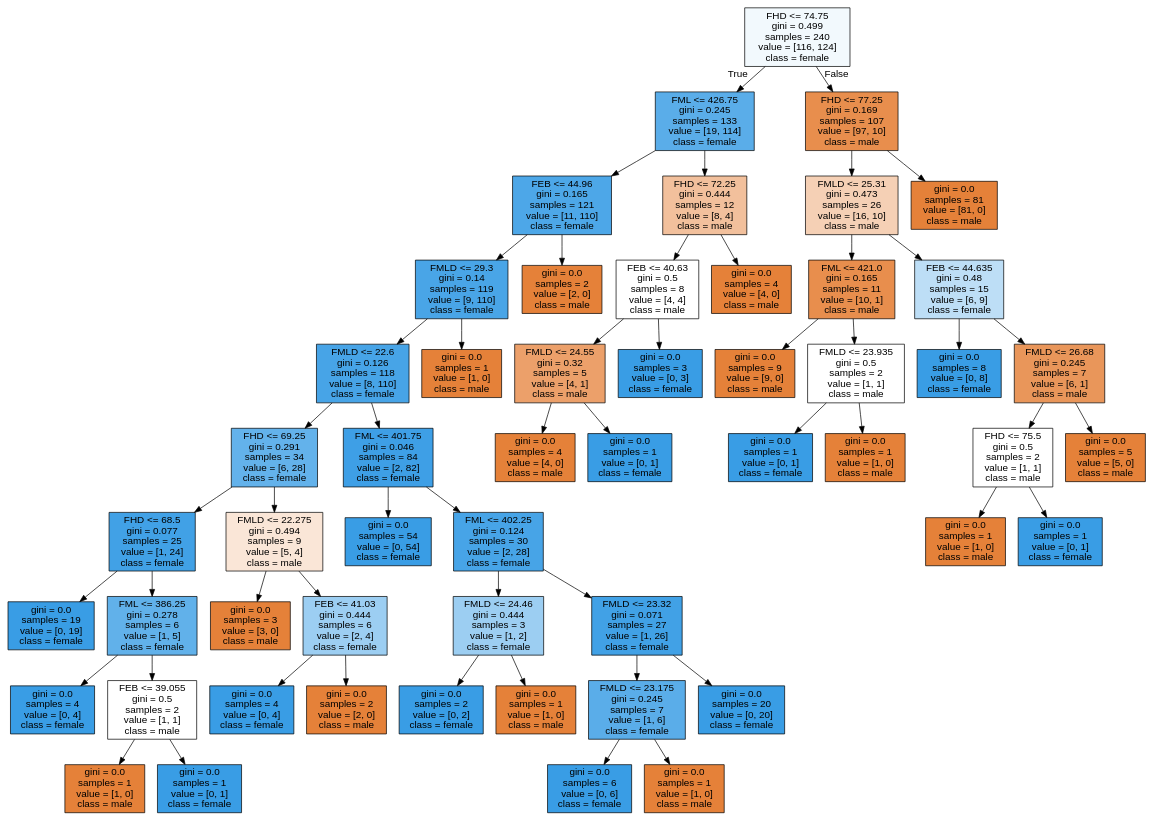
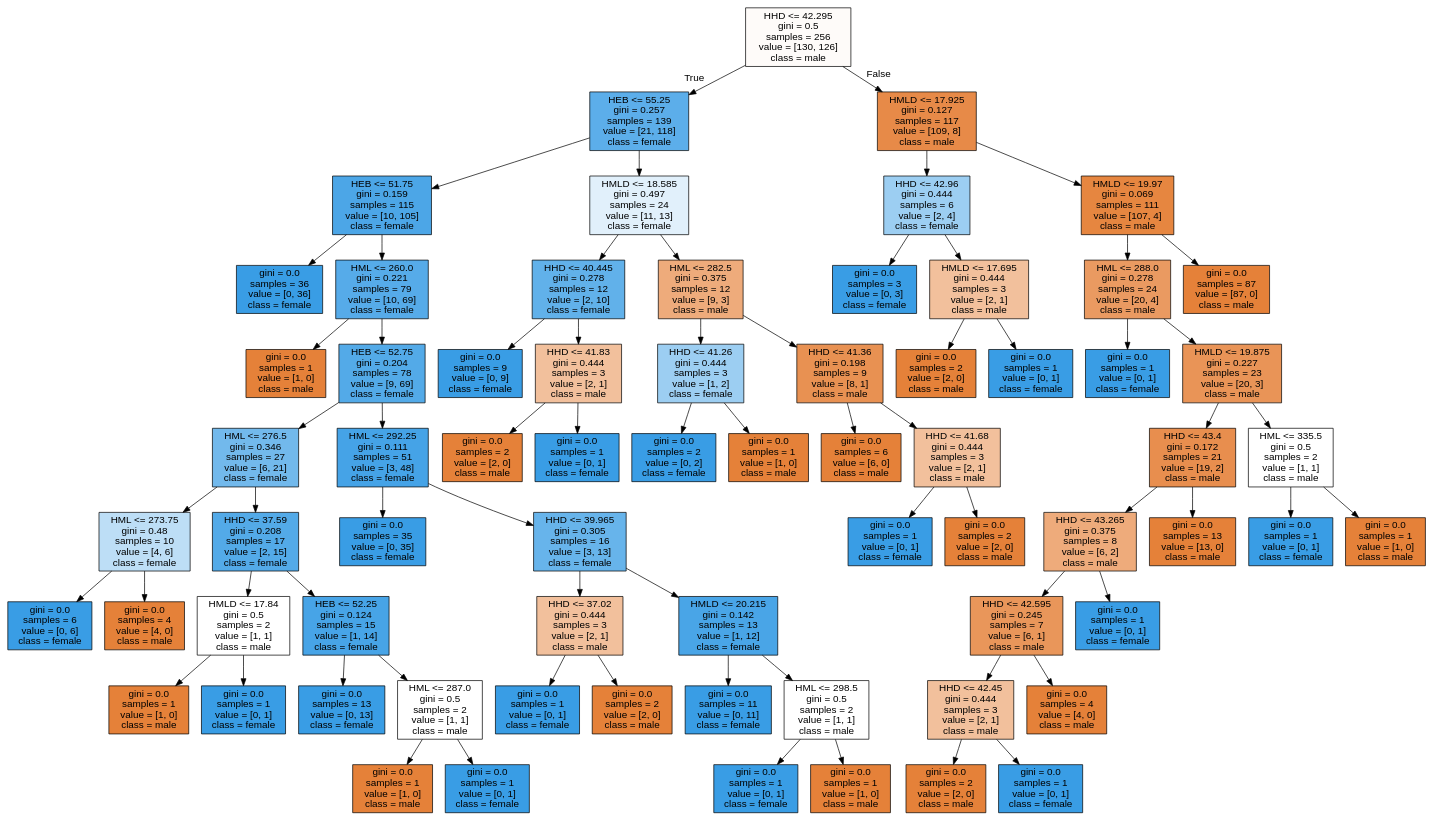
The diagram in app/ai/data/decision_trees/tree_sex_ai.dot (AndreeaBolonyi/ReconstituiriIstorice), drawn with Graphviz before and after one commit. The commit also changed 3 other files, not shown here.

```diff
--- a/app/ai/data/decision_trees/tree_sex_ai.dot
+++ b/app/ai/data/decision_trees/tree_sex_ai.dot
@@ -1,109 +1,141 @@
 digraph Tree {
 node [shape=box, style="filled", color="black", fontname="helvetica"] ;
 edge [fontname="helvetica"] ;
-0 [label="FHD <= 74.75\ngini = 0.499\nsamples = 240\nvalue = [116, 124]\nclass = female", fillcolor="#f2f9fd"] ;
-1 [label="FML <= 426.75\ngini = 0.245\nsamples = 133\nvalue = [19, 114]\nclass = female", fillcolor="#5aade9"] ;
+0 [label="HHD <= 42.295\ngini = 0.5\nsamples = 256\nvalue = [130, 126]\nclass = male", fillcolor="#fefbf9"] ;
+1 [label="HEB <= 55.25\ngini = 0.257\nsamples = 139\nvalue = [21, 118]\nclass = female", fillcolor="#5caeea"] ;
 0 -> 1 [labeldistance=2.5, labelangle=45, headlabel="True"] ;
-2 [label="FEB <= 44.96\ngini = 0.165\nsamples = 121\nvalue = [11, 110]\nclass = female", fillcolor="#4da7e8"] ;
+2 [label="HEB <= 51.75\ngini = 0.159\nsamples = 115\nvalue = [10, 105]\nclass = female", fillcolor="#4ca6e7"] ;
 1 -> 2 ;
-3 [label="FMLD <= 29.3\ngini = 0.14\nsamples = 119\nvalue = [9, 110]\nclass = female", fillcolor="#49a5e7"] ;
+3 [label="gini = 0.0\nsamples = 36\nvalue = [0, 36]\nclass = female", fillcolor="#399de5"] ;
 2 -> 3 ;
-4 [label="FMLD <= 22.6\ngini = 0.126\nsamples = 118\nvalue = [8, 110]\nclass = female", fillcolor="#47a4e7"] ;
-3 -> 4 ;
-5 [label="FHD <= 69.25\ngini = 0.291\nsamples = 34\nvalue = [6, 28]\nclass = female", fillcolor="#63b2eb"] ;
+4 [label="HML <= 260.0\ngini = 0.221\nsamples = 79\nvalue = [10, 69]\nclass = female", fillcolor="#56abe9"] ;
+2 -> 4 ;
+5 [label="gini = 0.0\nsamples = 1\nvalue = [1, 0]\nclass = male", fillcolor="#e58139"] ;
 4 -> 5 ;
-6 [label="FHD <= 68.5\ngini = 0.077\nsamples = 25\nvalue = [1, 24]\nclass = female", fillcolor="#41a1e6"] ;
-5 -> 6 ;
-7 [label="gini = 0.0\nsamples = 19\nvalue = [0, 19]\nclass = female", fillcolor="#399de5"] ;
+6 [label="HEB <= 52.75\ngini = 0.204\nsamples = 78\nvalue = [9, 69]\nclass = female", fillcolor="#53aae8"] ;
+4 -> 6 ;
+7 [label="HML <= 276.5\ngini = 0.346\nsamples = 27\nvalue = [6, 21]\nclass = female", fillcolor="#72b9ec"] ;
 6 -> 7 ;
-8 [label="FML <= 386.25\ngini = 0.278\nsamples = 6\nvalue = [1, 5]\nclass = female", fillcolor="#61b1ea"] ;
-6 -> 8 ;
-9 [label="gini = 0.0\nsamples = 4\nvalue = [0, 4]\nclass = female", fillcolor="#399de5"] ;
+8 [label="HML <= 273.75\ngini = 0.48\nsamples = 10\nvalue = [4, 6]\nclass = female", fillcolor="#bddef6"] ;
+7 -> 8 ;
+9 [label="gini = 0.0\nsamples = 6\nvalue = [0, 6]\nclass = female", fillcolor="#399de5"] ;
 8 -> 9 ;
-10 [label="FEB <= 39.055\ngini = 0.5\nsamples = 2\nvalue = [1, 1]\nclass = male", fillcolor="#ffffff"] ;
+10 [label="gini = 0.0\nsamples = 4\nvalue = [4, 0]\nclass = male", fillcolor="#e58139"] ;
 8 -> 10 ;
-11 [label="gini = 0.0\nsamples = 1\nvalue = [1, 0]\nclass = male", fillcolor="#e58139"] ;
-10 -> 11 ;
-12 [label="gini = 0.0\nsamples = 1\nvalue = [0, 1]\nclass = female", fillcolor="#399de5"] ;
-10 -> 12 ;
-13 [label="FMLD <= 22.275\ngini = 0.494\nsamples = 9\nvalue = [5, 4]\nclass = male", fillcolor="#fae6d7"] ;
-5 -> 13 ;
-14 [label="gini = 0.0\nsamples = 3\nvalue = [3, 0]\nclass = male", fillcolor="#e58139"] ;
-13 -> 14 ;
-15 [label="FEB <= 41.03\ngini = 0.444\nsamples = 6\nvalue = [2, 4]\nclass = female", fillcolor="#9ccef2"] ;
-13 -> 15 ;
-16 [label="gini = 0.0\nsamples = 4\nvalue = [0, 4]\nclass = female", fillcolor="#399de5"] ;
+11 [label="HHD <= 37.59\ngini = 0.208\nsamples = 17\nvalue = [2, 15]\nclass = female", fillcolor="#53aae8"] ;
+7 -> 11 ;
+12 [label="HMLD <= 17.84\ngini = 0.5\nsamples = 2\nvalue = [1, 1]\nclass = male", fillcolor="#ffffff"] ;
+11 -> 12 ;
+13 [label="gini = 0.0\nsamples = 1\nvalue = [1, 0]\nclass = male", fillcolor="#e58139"] ;
+12 -> 13 ;
+14 [label="gini = 0.0\nsamples = 1\nvalue = [0, 1]\nclass = female", fillcolor="#399de5"] ;
+12 -> 14 ;
+15 [label="HEB <= 52.25\ngini = 0.124\nsamples = 15\nvalue = [1, 14]\nclass = female", fillcolor="#47a4e7"] ;
+11 -> 15 ;
+16 [label="gini = 0.0\nsamples = 13\nvalue = [0, 13]\nclass = female", fillcolor="#399de5"] ;
 15 -> 16 ;
-17 [label="gini = 0.0\nsamples = 2\nvalue = [2, 0]\nclass = male", fillcolor="#e58139"] ;
+17 [label="HML <= 287.0\ngini = 0.5\nsamples = 2\nvalue = [1, 1]\nclass = male", fillcolor="#ffffff"] ;
 15 -> 17 ;
-18 [label="FML <= 401.75\ngini = 0.046\nsamples = 84\nvalue = [2, 82]\nclass = female", fillcolor="#3e9fe6"] ;
-4 -> 18 ;
-19 [label="gini = 0.0\nsamples = 54\nvalue = [0, 54]\nclass = female", fillcolor="#399de5"] ;
-18 -> 19 ;
-20 [label="FML <= 402.25\ngini = 0.124\nsamples = 30\nvalue = [2, 28]\nclass = female", fillcolor="#47a4e7"] ;
-18 -> 20 ;
-21 [label="FMLD <= 24.46\ngini = 0.444\nsamples = 3\nvalue = [1, 2]\nclass = female", fillcolor="#9ccef2"] ;
+18 [label="gini = 0.0\nsamples = 1\nvalue = [1, 0]\nclass = male", fillcolor="#e58139"] ;
+17 -> 18 ;
+19 [label="gini = 0.0\nsamples = 1\nvalue = [0, 1]\nclass = female", fillcolor="#399de5"] ;
+17 -> 19 ;
+20 [label="HML <= 292.25\ngini = 0.111\nsamples = 51\nvalue = [3, 48]\nclass = female", fillcolor="#45a3e7"] ;
+6 -> 20 ;
+21 [label="gini = 0.0\nsamples = 35\nvalue = [0, 35]\nclass = female", fillcolor="#399de5"] ;
 20 -> 21 ;
-22 [label="gini = 0.0\nsamples = 2\nvalue = [0, 2]\nclass = female", fillcolor="#399de5"] ;
-21 -> 22 ;
-23 [label="gini = 0.0\nsamples = 1\nvalue = [1, 0]\nclass = male", fillcolor="#e58139"] ;
-21 -> 23 ;
-24 [label="FMLD <= 23.32\ngini = 0.071\nsamples = 27\nvalue = [1, 26]\nclass = female", fillcolor="#41a1e6"] ;
-20 -> 24 ;
-25 [label="FMLD <= 23.175\ngini = 0.245\nsamples = 7\nvalue = [1, 6]\nclass = female", fillcolor="#5aade9"] ;
-24 -> 25 ;
-26 [label="gini = 0.0\nsamples = 6\nvalue = [0, 6]\nclass = female", fillcolor="#399de5"] ;
-25 -> 26 ;
-27 [label="gini = 0.0\nsamples = 1\nvalue = [1, 0]\nclass = male", fillcolor="#e58139"] ;
-25 -> 27 ;
-28 [label="gini = 0.0\nsamples = 20\nvalue = [0, 20]\nclass = female", fillcolor="#399de5"] ;
-24 -> 28 ;
-29 [label="gini = 0.0\nsamples = 1\nvalue = [1, 0]\nclass = male", fillcolor="#e58139"] ;
-3 -> 29 ;
-30 [label="gini = 0.0\nsamples = 2\nvalue = [2, 0]\nclass = male", fillcolor="#e58139"] ;
-2 -> 30 ;
-31 [label="FHD <= 72.25\ngini = 0.444\nsamples = 12\nvalue = [8, 4]\nclass = male", fillcolor="#f2c09c"] ;
+22 [label="HHD <= 39.965\ngini = 0.305\nsamples = 16\nvalue = [3, 13]\nclass = female", fillcolor="#67b4eb"] ;
+20 -> 22 ;
+23 [label="HHD <= 37.02\ngini = 0.444\nsamples = 3\nvalue = [2, 1]\nclass = male", fillcolor="#f2c09c"] ;
+22 -> 23 ;
+24 [label="gini = 0.0\nsamples = 1\nvalue = [0, 1]\nclass = female", fillcolor="#399de5"] ;
+23 -> 24 ;
+25 [label="gini = 0.0\nsamples = 2\nvalue = [2, 0]\nclass = male", fillcolor="#e58139"] ;
+23 -> 25 ;
+26 [label="HMLD <= 20.215\ngini = 0.142\nsamples = 13\nvalue = [1, 12]\nclass = female", fillcolor="#49a5e7"] ;
+22 -> 26 ;
+27 [label="gini = 0.0\nsamples = 11\nvalue = [0, 11]\nclass = female", fillcolor="#399de5"] ;
+26 -> 27 ;
+28 [label="HML <= 298.5\ngini = 0.5\nsamples = 2\nvalue = [1, 1]\nclass = male", fillcolor="#ffffff"] ;
+26 -> 28 ;
+29 [label="gini = 0.0\nsamples = 1\nvalue = [0, 1]\nclass = female", fillcolor="#399de5"] ;
+28 -> 29 ;
+30 [label="gini = 0.0\nsamples = 1\nvalue = [1, 0]\nclass = male", fillcolor="#e58139"] ;
+28 -> 30 ;
+31 [label="HMLD <= 18.585\ngini = 0.497\nsamples = 24\nvalue = [11, 13]\nclass = female", fillcolor="#e1f0fb"] ;
 1 -> 31 ;
-32 [label="FEB <= 40.63\ngini = 0.5\nsamples = 8\nvalue = [4, 4]\nclass = male", fillcolor="#ffffff"] ;
+32 [label="HHD <= 40.445\ngini = 0.278\nsamples = 12\nvalue = [2, 10]\nclass = female", fillcolor="#61b1ea"] ;
 31 -> 32 ;
-33 [label="FMLD <= 24.55\ngini = 0.32\nsamples = 5\nvalue = [4, 1]\nclass = male", fillcolor="#eca06a"] ;
+33 [label="gini = 0.0\nsamples = 9\nvalue = [0, 9]\nclass = female", fillcolor="#399de5"] ;
 32 -> 33 ;
-34 [label="gini = 0.0\nsamples = 4\nvalue = [4, 0]\nclass = male", fillcolor="#e58139"] ;
-33 -> 34 ;
-35 [label="gini = 0.0\nsamples = 1\nvalue = [0, 1]\nclass = female", fillcolor="#399de5"] ;
-33 -> 35 ;
-36 [label="gini = 0.0\nsamples = 3\nvalue = [0, 3]\nclass = female", fillcolor="#399de5"] ;
-32 -> 36 ;
-37 [label="gini = 0.0\nsamples = 4\nvalue = [4, 0]\nclass = male", fillcolor="#e58139"] ;
+34 [label="HHD <= 41.83\ngini = 0.444\nsamples = 3\nvalue = [2, 1]\nclass = male", fillcolor="#f2c09c"] ;
+32 -> 34 ;
+35 [label="gini = 0.0\nsamples = 2\nvalue = [2, 0]\nclass = male", fillcolor="#e58139"] ;
+34 -> 35 ;
+36 [label="gini = 0.0\nsamples = 1\nvalue = [0, 1]\nclass = female", fillcolor="#399de5"] ;
+34 -> 36 ;
+37 [label="HML <= 282.5\ngini = 0.375\nsamples = 12\nvalue = [9, 3]\nclass = male", fillcolor="#eeab7b"] ;
 31 -> 37 ;
-38 [label="FHD <= 77.25\ngini = 0.169\nsamples = 107\nvalue = [97, 10]\nclass = male", fillcolor="#e88e4d"] ;
-0 -> 38 [labeldistance=2.5, labelangle=-45, headlabel="False"] ;
-39 [label="FMLD <= 25.31\ngini = 0.473\nsamples = 26\nvalue = [16, 10]\nclass = male", fillcolor="#f5d0b5"] ;
+38 [label="HHD <= 41.26\ngini = 0.444\nsamples = 3\nvalue = [1, 2]\nclass = female", fillcolor="#9ccef2"] ;
+37 -> 38 ;
+39 [label="gini = 0.0\nsamples = 2\nvalue = [0, 2]\nclass = female", fillcolor="#399de5"] ;
 38 -> 39 ;
-40 [label="FML <= 421.0\ngini = 0.165\nsamples = 11\nvalue = [10, 1]\nclass = male", fillcolor="#e88e4d"] ;
-39 -> 40 ;
-41 [label="gini = 0.0\nsamples = 9\nvalue = [9, 0]\nclass = male", fillcolor="#e58139"] ;
-40 -> 41 ;
-42 [label="FMLD <= 23.935\ngini = 0.5\nsamples = 2\nvalue = [1, 1]\nclass = male", fillcolor="#ffffff"] ;
-40 -> 42 ;
-43 [label="gini = 0.0\nsamples = 1\nvalue = [0, 1]\nclass = female", fillcolor="#399de5"] ;
-42 -> 43 ;
-44 [label="gini = 0.0\nsamples = 1\nvalue = [1, 0]\nclass = male", fillcolor="#e58139"] ;
-42 -> 44 ;
-45 [label="FEB <= 44.635\ngini = 0.48\nsamples = 15\nvalue = [6, 9]\nclass = female", fillcolor="#bddef6"] ;
-39 -> 45 ;
-46 [label="gini = 0.0\nsamples = 8\nvalue = [0, 8]\nclass = female", fillcolor="#399de5"] ;
-45 -> 46 ;
-47 [label="FMLD <= 26.68\ngini = 0.245\nsamples = 7\nvalue = [6, 1]\nclass = male", fillcolor="#e9965a"] ;
-45 -> 47 ;
-48 [label="FHD <= 75.5\ngini = 0.5\nsamples = 2\nvalue = [1, 1]\nclass = male", fillcolor="#ffffff"] ;
+40 [label="gini = 0.0\nsamples = 1\nvalue = [1, 0]\nclass = male", fillcolor="#e58139"] ;
+38 -> 40 ;
+41 [label="HHD <= 41.36\ngini = 0.198\nsamples = 9\nvalue = [8, 1]\nclass = male", fillcolor="#e89152"] ;
+37 -> 41 ;
+42 [label="gini = 0.0\nsamples = 6\nvalue = [6, 0]\nclass = male", fillcolor="#e58139"] ;
+41 -> 42 ;
+43 [label="HHD <= 41.68\ngini = 0.444\nsamples = 3\nvalue = [2, 1]\nclass = male", fillcolor="#f2c09c"] ;
+41 -> 43 ;
+44 [label="gini = 0.0\nsamples = 1\nvalue = [0, 1]\nclass = female", fillcolor="#399de5"] ;
+43 -> 44 ;
+45 [label="gini = 0.0\nsamples = 2\nvalue = [2, 0]\nclass = male", fillcolor="#e58139"] ;
+43 -> 45 ;
+46 [label="HMLD <= 17.925\ngini = 0.127\nsamples = 117\nvalue = [109, 8]\nclass = male", fillcolor="#e78a48"] ;
+0 -> 46 [labeldistance=2.5, labelangle=-45, headlabel="False"] ;
+47 [label="HHD <= 42.96\ngini = 0.444\nsamples = 6\nvalue = [2, 4]\nclass = female", fillcolor="#9ccef2"] ;
+46 -> 47 ;
+48 [label="gini = 0.0\nsamples = 3\nvalue = [0, 3]\nclass = female", fillcolor="#399de5"] ;
 47 -> 48 ;
-49 [label="gini = 0.0\nsamples = 1\nvalue = [1, 0]\nclass = male", fillcolor="#e58139"] ;
-48 -> 49 ;
-50 [label="gini = 0.0\nsamples = 1\nvalue = [0, 1]\nclass = female", fillcolor="#399de5"] ;
-48 -> 50 ;
-51 [label="gini = 0.0\nsamples = 5\nvalue = [5, 0]\nclass = male", fillcolor="#e58139"] ;
-47 -> 51 ;
-52 [label="gini = 0.0\nsamples = 81\nvalue = [81, 0]\nclass = male", fillcolor="#e58139"] ;
-38 -> 52 ;
+49 [label="HMLD <= 17.695\ngini = 0.444\nsamples = 3\nvalue = [2, 1]\nclass = male", fillcolor="#f2c09c"] ;
+47 -> 49 ;
+50 [label="gini = 0.0\nsamples = 2\nvalue = [2, 0]\nclass = male", fillcolor="#e58139"] ;
+49 -> 50 ;
+51 [label="gini = 0.0\nsamples = 1\nvalue = [0, 1]\nclass = female", fillcolor="#399de5"] ;
+49 -> 51 ;
+52 [label="HMLD <= 19.97\ngini = 0.069\nsamples = 111\nvalue = [107, 4]\nclass = male", fillcolor="#e68640"] ;
+46 -> 52 ;
+53 [label="HML <= 288.0\ngini = 0.278\nsamples = 24\nvalue = [20, 4]\nclass = male", fillcolor="#ea9a61"] ;
+52 -> 53 ;
+54 [label="gini = 0.0\nsamples = 1\nvalue = [0, 1]\nclass = female", fillcolor="#399de5"] ;
+53 -> 54 ;
+55 [label="HMLD <= 19.875\ngini = 0.227\nsamples = 23\nvalue = [20, 3]\nclass = male", fillcolor="#e99457"] ;
+53 -> 55 ;
+56 [label="HHD <= 43.4\ngini = 0.172\nsamples = 21\nvalue = [19, 2]\nclass = male", fillcolor="#e88e4e"] ;
+55 -> 56 ;
+57 [label="HHD <= 43.265\ngini = 0.375\nsamples = 8\nvalue = [6, 2]\nclass = male", fillcolor="#eeab7b"] ;
+56 -> 57 ;
+58 [label="HHD <= 42.595\ngini = 0.245\nsamples = 7\nvalue = [6, 1]\nclass = male", fillcolor="#e9965a"] ;
+57 -> 58 ;
+59 [label="HHD <= 42.45\ngini = 0.444\nsamples = 3\nvalue = [2, 1]\nclass = male", fillcolor="#f2c09c"] ;
+58 -> 59 ;
+60 [label="gini = 0.0\nsamples = 2\nvalue = [2, 0]\nclass = male", fillcolor="#e58139"] ;
+59 -> 60 ;
+61 [label="gini = 0.0\nsamples = 1\nvalue = [0, 1]\nclass = female", fillcolor="#399de5"] ;
+59 -> 61 ;
+62 [label="gini = 0.0\nsamples = 4\nvalue = [4, 0]\nclass = male", fillcolor="#e58139"] ;
+58 -> 62 ;
+63 [label="gini = 0.0\nsamples = 1\nvalue = [0, 1]\nclass = female", fillcolor="#399de5"] ;
+57 -> 63 ;
+64 [label="gini = 0.0\nsamples = 13\nvalue = [13, 0]\nclass = male", fillcolor="#e58139"] ;
+56 -> 64 ;
+65 [label="HML <= 335.5\ngini = 0.5\nsamples = 2\nvalue = [1, 1]\nclass = male", fillcolor="#ffffff"] ;
+55 -> 65 ;
+66 [label="gini = 0.0\nsamples = 1\nvalue = [0, 1]\nclass = female", fillcolor="#399de5"] ;
+65 -> 66 ;
+67 [label="gini = 0.0\nsamples = 1\nvalue = [1, 0]\nclass = male", fillcolor="#e58139"] ;
+65 -> 67 ;
+68 [label="gini = 0.0\nsamples = 87\nvalue = [87, 0]\nclass = male", fillcolor="#e58139"] ;
+52 -> 68 ;
 }
```
